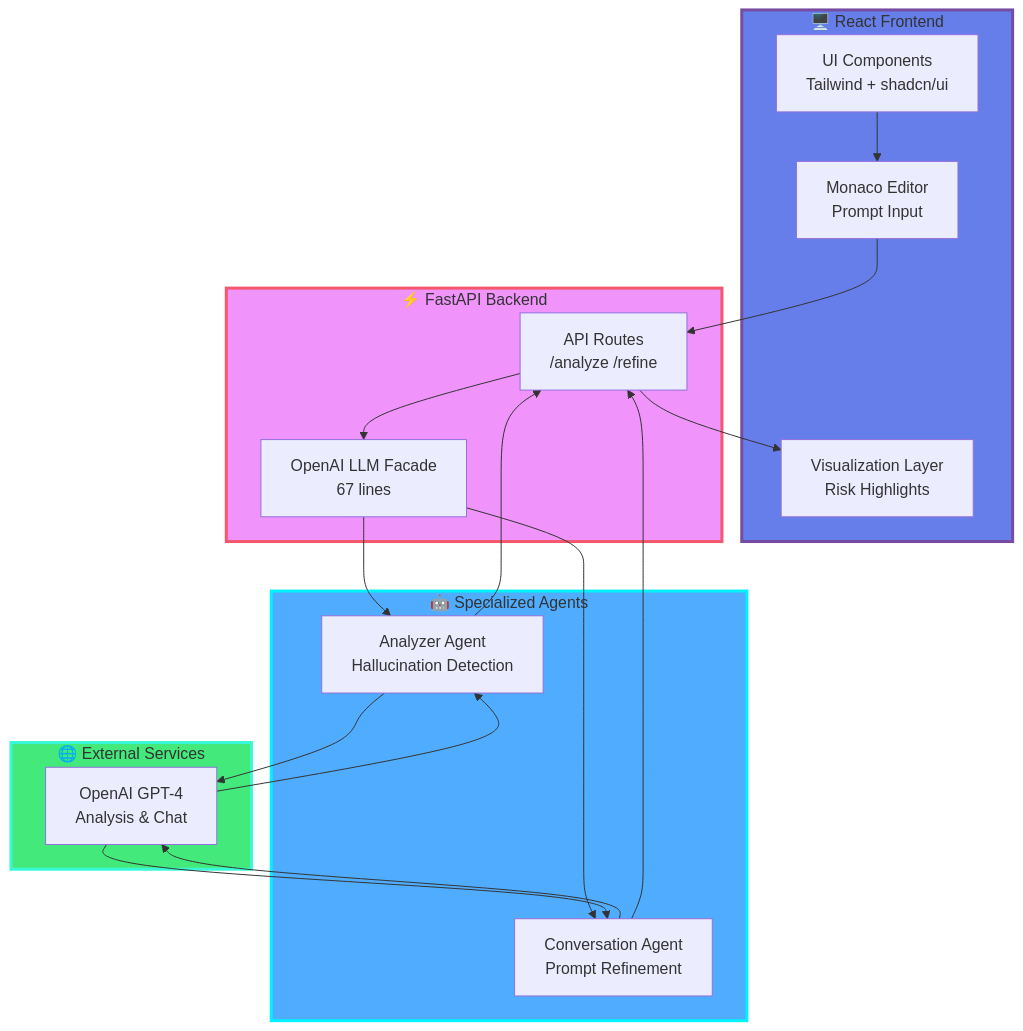
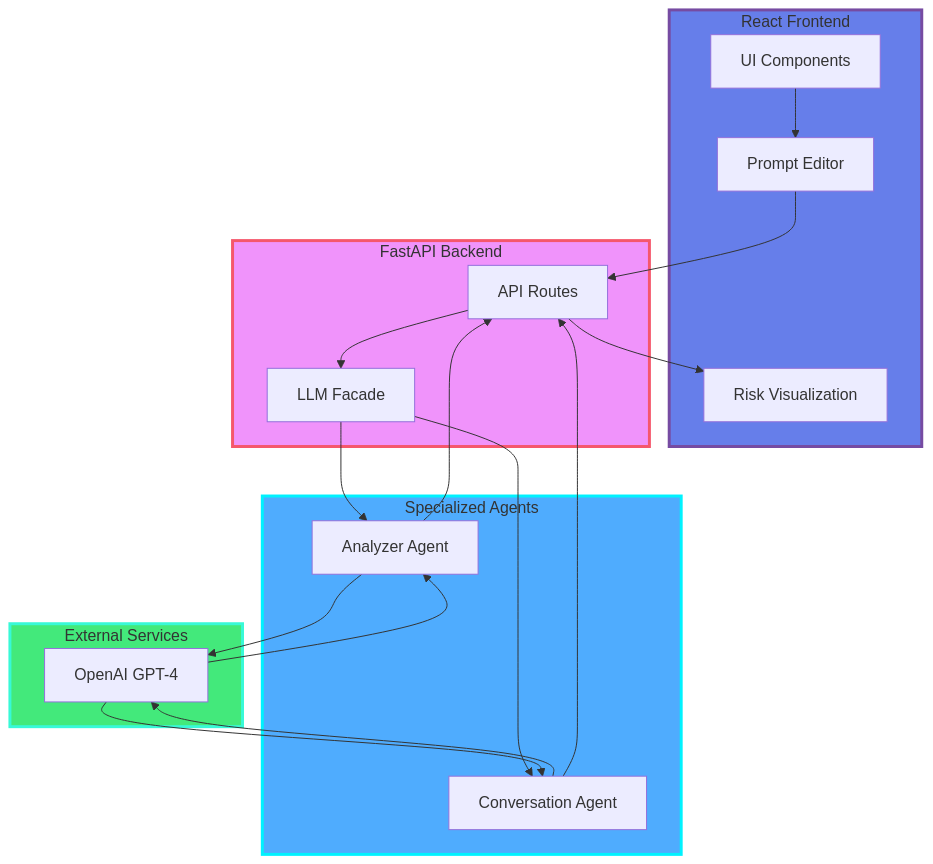
One commit to MoNejjar/echo-hallucination-detect changed the diagram in docs/diagrams/architecture.mmd. Above: the diagram before and after it, drawn with Mermaid. The commit also changed 10 other files, not shown here.

````diff
--- a/docs/diagrams/architecture.mmd
+++ b/docs/diagrams/architecture.mmd
@@ -1,40 +1,40 @@
 ```mermaid
 flowchart TB
-    subgraph Client["🖥️ React Frontend"]
-        UI[UI Components<br/>Tailwind + shadcn/ui]
-        Editor[Monaco Editor<br/>Prompt Input]
-        Viz[Visualization Layer<br/>Risk Highlights]
+    subgraph Client[React Frontend]
+        UI[UI Components]
+        Editor[Prompt Editor]
+        Viz[Risk Visualization]
     end
     
-    subgraph Server["⚡ FastAPI Backend"]
-        Routes[API Routes<br/>/analyze /refine]
-        Facade[OpenAI LLM Facade<br/>67 lines]
+    subgraph Server[FastAPI Backend]
+        Routes[API Routes]
+        Facade[LLM Facade]
     end
     
-    subgraph Agents["🤖 Specialized Agents"]
-        Analyzer[Analyzer Agent<br/>Hallucination Detection]
-        Conversation[Conversation Agent<br/>Prompt Refinement]
+    subgraph Agents[Specialized Agents]
+        Analyzer[Analyzer Agent]
+        Conversation[Conversation Agent]
     end
     
-    subgraph External["🌐 External Services"]
-        OpenAI[OpenAI GPT-4<br/>Analysis & Chat]
+    subgraph External[External Services]
+        OpenAI[OpenAI GPT-4]
     end
     
     UI --> Editor
     Editor --> Routes
     Routes --> Facade
     Facade --> Analyzer
     Facade --> Conversation
     Analyzer --> OpenAI
     Conversation --> OpenAI
     OpenAI --> Analyzer
     OpenAI --> Conversation
     Analyzer --> Routes
     Conversation --> Routes
     Routes --> Viz
     
     style Client fill:#667eea,stroke:#764ba2,stroke-width:3px
     style Server fill:#f093fb,stroke:#f5576c,stroke-width:3px
     style Agents fill:#4facfe,stroke:#00f2fe,stroke-width:3px
     style External fill:#43e97b,stroke:#38f9d7,stroke-width:3px
 ```
````
